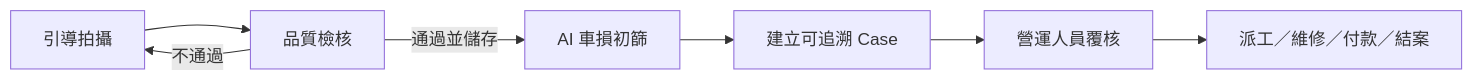
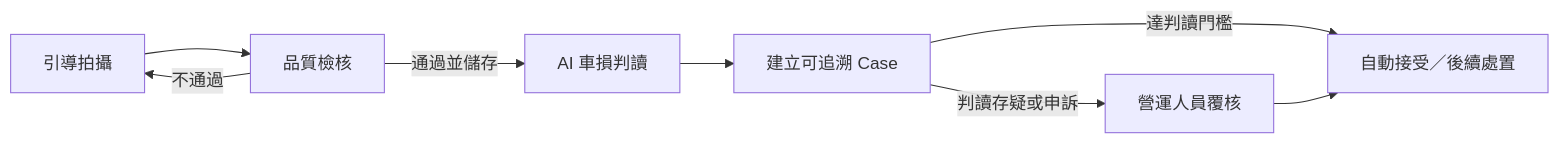
Before and after one commit to chenghao55/Hotai-Hackton-jjteam: the first of 2 diagrams in README.md, drawn with Mermaid. The commit also changed other lines of this file and 3 other files, not shown here.

````diff
--- a/README.md
+++ b/README.md
@@ -41,9 +41,10 @@
 ```mermaid
 flowchart LR
     A[引導拍攝] --> B[品質檢核]
     B -->|不通過| A
-    B -->|通過並儲存| C[AI 車損初篩]
+    B -->|通過並儲存| C[AI 車損判讀]
     C --> D[建立可追溯 Case]
-    D --> E[營運人員覆核]
-    E --> F[派工／維修／付款／結案]
+    D -->|達判讀門檻| F[自動接受／後續處置]
+    D -->|判讀存疑或申訴| E[營運人員覆核]
+    E --> F
 ```
````
